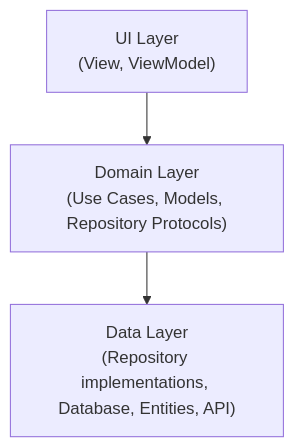
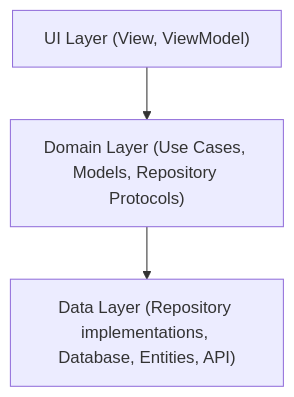
The diagram in documentation/Architecture.md (ilyas-hallak/readeck-ios), drawn with Mermaid before and after one commit. The commit also changed 1 other file, not shown here.

Commit message:
bumped build version

````diff
--- a/documentation/Architecture.md
+++ b/documentation/Architecture.md
@@ -16,8 +16,8 @@
 ```mermaid
 graph TD
-  UI["UI Layer\n(View, ViewModel)"]
-  Domain["Domain Layer\n(Use Cases, Models, Repository Protocols)"]
-  Data["Data Layer\n(Repository implementations, Database, Entities, API)"]
+  UI["UI Layer (View, ViewModel)"]
+  Domain["Domain Layer (Use Cases, Models, Repository Protocols)"]
+  Data["Data Layer (Repository implementations, Database, Entities, API)"]
   UI --> Domain
   Domain --> Data
 ```
````
